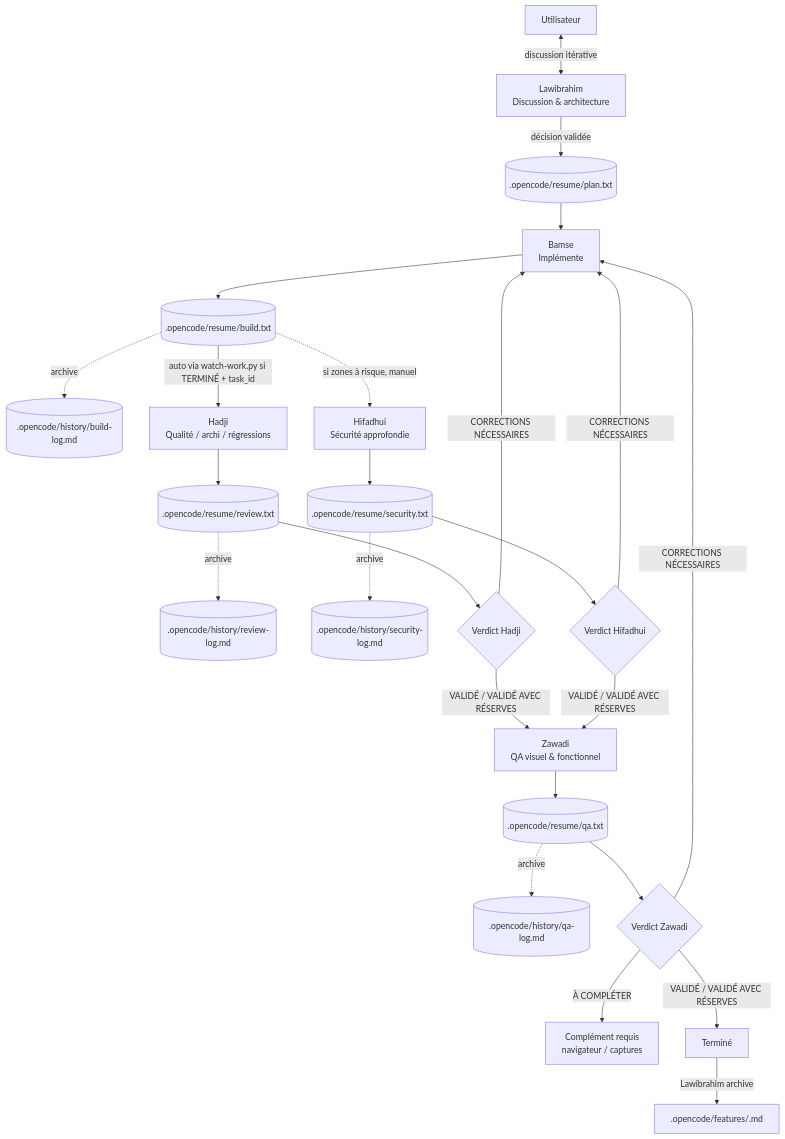
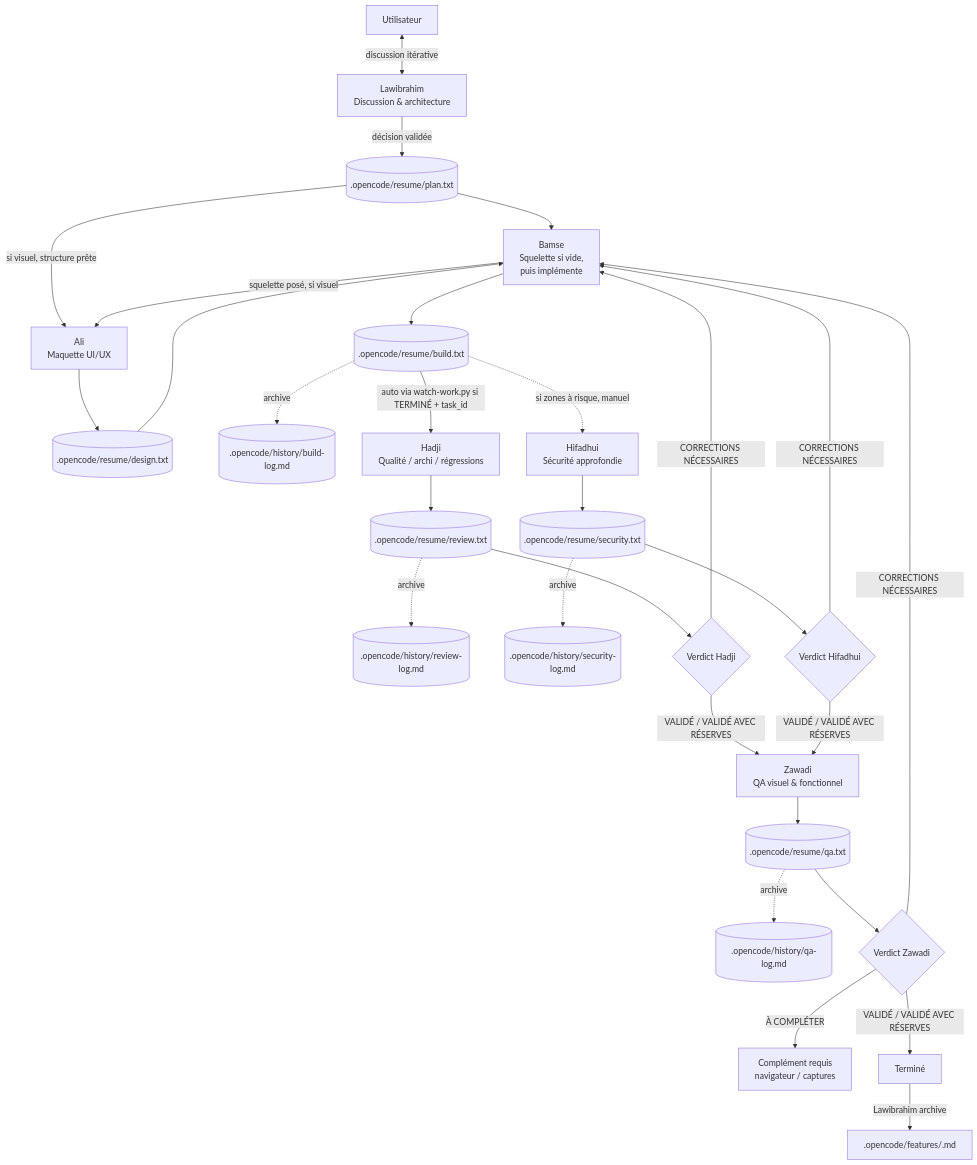
Before and after one commit to Lawi-Salim/sayrhazi: the diagram in README.md, drawn with Mermaid. The commit also changed other lines of this file and 15 other files, not shown here.

````diff
--- a/README.md
+++ b/README.md
@@ -13,27 +13,31 @@
 ```mermaid
 flowchart TD
     User["Utilisateur"] <-->|discussion itérative| Lawibrahim["Lawibrahim<br/>Discussion & architecture"]
     Lawibrahim -->|décision validée| plan[(".opencode/resume/plan.txt")]
-    plan --> Bamse["Bamse<br/>Implémente"]
+    plan --> Bamse["Bamse<br/>Squelette si vide,<br/>puis implémente"]
+    plan -->|si visuel, structure prête| Ali["Ali<br/>Maquette UI/UX"]
+    Bamse -->|squelette posé, si visuel| Ali
+    Ali --> design[(".opencode/resume/design.txt")]
+    design --> Bamse
     Bamse --> build[(".opencode/resume/build.txt")]
     build -.->|archive| buildlog[(".opencode/history/build-log.md")]
     build -->|auto via watch-work.py si TERMINÉ + task_id| Hadji["Hadji<br/>Qualité / archi / régressions"]
     build -.->|si zones à risque, manuel| Hifadhui["Hifadhui<br/>Sécurité approfondie"]
     Hadji --> review[(".opencode/resume/review.txt")]
     Hifadhui --> security[(".opencode/resume/security.txt")]
     review -.->|archive| reviewlog[(".opencode/history/review-log.md")]
     security -.->|archive| securitylog[(".opencode/history/security-log.md")]
     review --> V1{Verdict Hadji}
     security --> V2{Verdict Hifadhui}
     V1 -->|CORRECTIONS NÉCESSAIRES| Bamse
     V2 -->|CORRECTIONS NÉCESSAIRES| Bamse
     V1 -->|VALIDÉ / VALIDÉ AVEC RÉSERVES| Zawadi["Zawadi<br/>QA visuel & fonctionnel"]
     V2 -->|VALIDÉ / VALIDÉ AVEC RÉSERVES| Zawadi
     Zawadi --> qa[(".opencode/resume/qa.txt")]
     qa -.->|archive| qalog[(".opencode/history/qa-log.md")]
     qa --> V3{Verdict Zawadi}
     V3 -->|CORRECTIONS NÉCESSAIRES| Bamse
     V3 -->|À COMPLÉTER| Attente["Complément requis<br/>navigateur / captures"]
     V3 -->|VALIDÉ / VALIDÉ AVEC RÉSERVES| Fin["Terminé"]
     Fin -->|Lawibrahim archive| features[".opencode/features/<nom>.md"]
 ```
````
